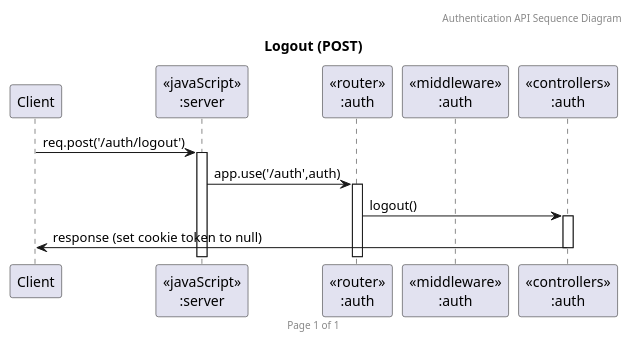
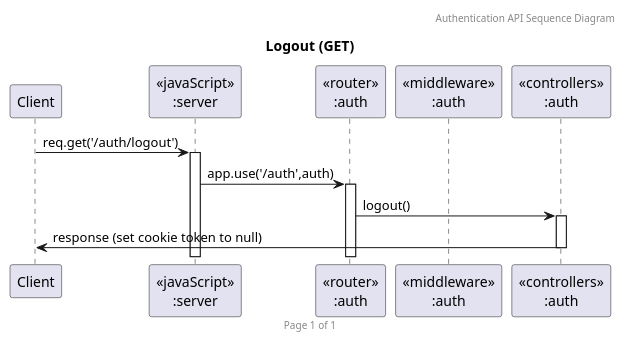
One commit to IamMrTeapot/BackendClass changed the diagram in plant-uml/sequence-diagrams/auth/Logout.puml. Above: the diagram before and after it, drawn with PlantUML. The commit also changed 3 other files, not shown here.

```diff
--- a/plant-uml/sequence-diagrams/auth/Logout.puml
+++ b/plant-uml/sequence-diagrams/auth/Logout.puml
@@ -1,18 +1,18 @@
-@startuml Logout (POST)
+@startuml Logout (GET)
 
 header Authentication API Sequence Diagram
 footer Page %page% of %lastpage%
-title "Logout (POST)"
+title "Logout (GET)"
 
 participant "Client" as client
 participant "<<javaScript>>\n:server" as server
 participant "<<router>>\n:auth" as routerAuth
 participant "<<middleware>>\n:auth" as middlewareAuth
 participant "<<controllers>>\n:auth" as controllersAuth
 
-client->server ++:req.post('/auth/logout')
+client->server ++:req.get('/auth/logout')
 server->routerAuth ++:app.use('/auth',auth)
 routerAuth -> controllersAuth ++:logout()
 controllersAuth->client --:response (set cookie token to null)
 
 @enduml
```
